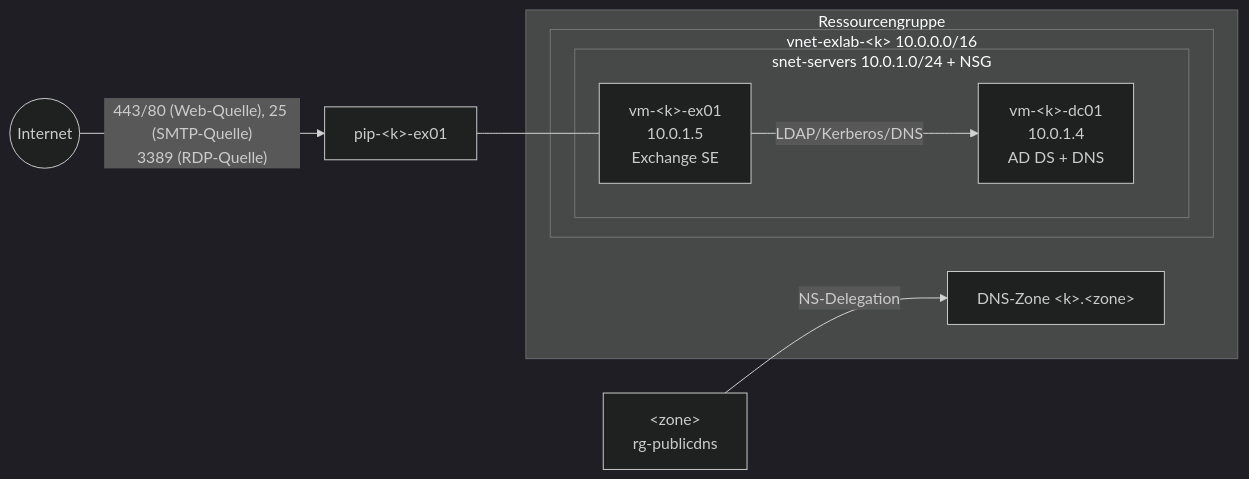
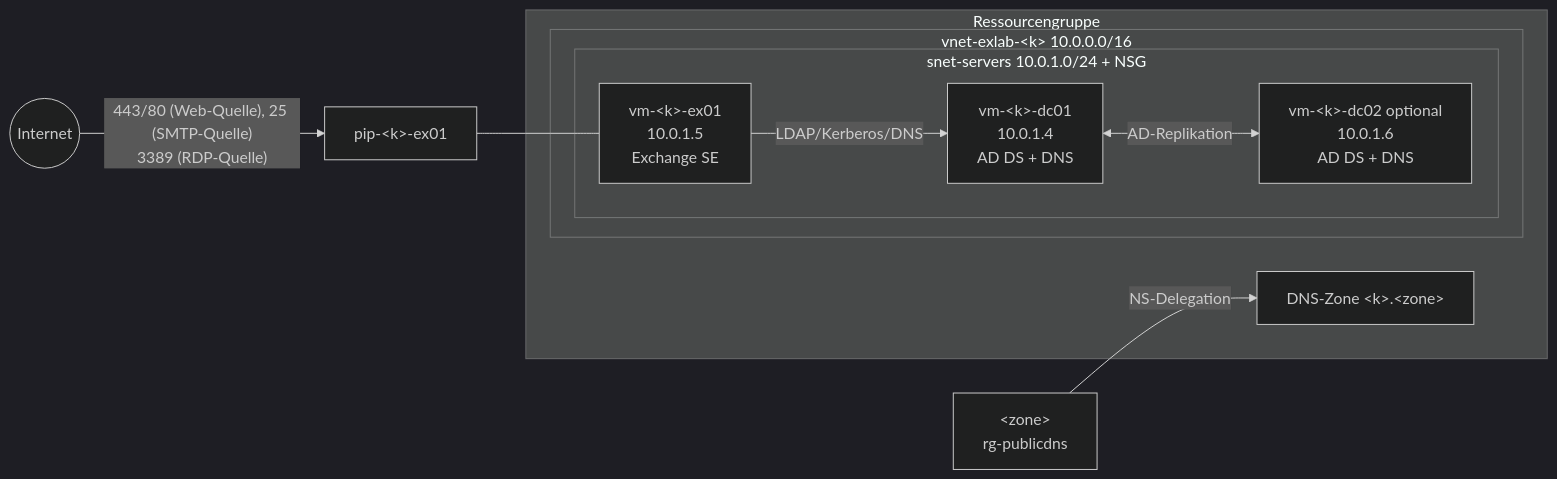
The diagram in readme.md (sredlin/TraineeLab), drawn with Mermaid (dark theme) before and after one commit. The commit also changed other lines of this file and 7 other files, not shown here.

````diff
--- a/readme.md
+++ b/readme.md
@@ -9,16 +9,18 @@
 ```mermaid
 flowchart LR
     Internet((Internet)) -->|"443/80 (Web-Quelle), 25 (SMTP-Quelle)\n3389 (RDP-Quelle)"| PIP[pip-&lt;k&gt;-ex01]
     subgraph RG[Ressourcengruppe]
         subgraph VNET[vnet-exlab-&lt;k&gt; 10.0.0.0/16]
             subgraph SNET[snet-servers 10.0.1.0/24 + NSG]
                 DC[vm-&lt;k&gt;-dc01<br/>10.0.1.4<br/>AD DS + DNS]
+                DC2[vm-&lt;k&gt;-dc02 optional<br/>10.0.1.6<br/>AD DS + DNS]
                 EX[vm-&lt;k&gt;-ex01<br/>10.0.1.5<br/>Exchange SE]
             end
         end
         ZONE[DNS-Zone &lt;k&gt;.&lt;zone&gt;]
     end
     PIP --- EX
     EX -->|LDAP/Kerberos/DNS| DC
+    DC <-->|AD-Replikation| DC2
     PARENT[&lt;zone&gt;<br/>rg-publicdns] -->|NS-Delegation| ZONE
 ```
````
